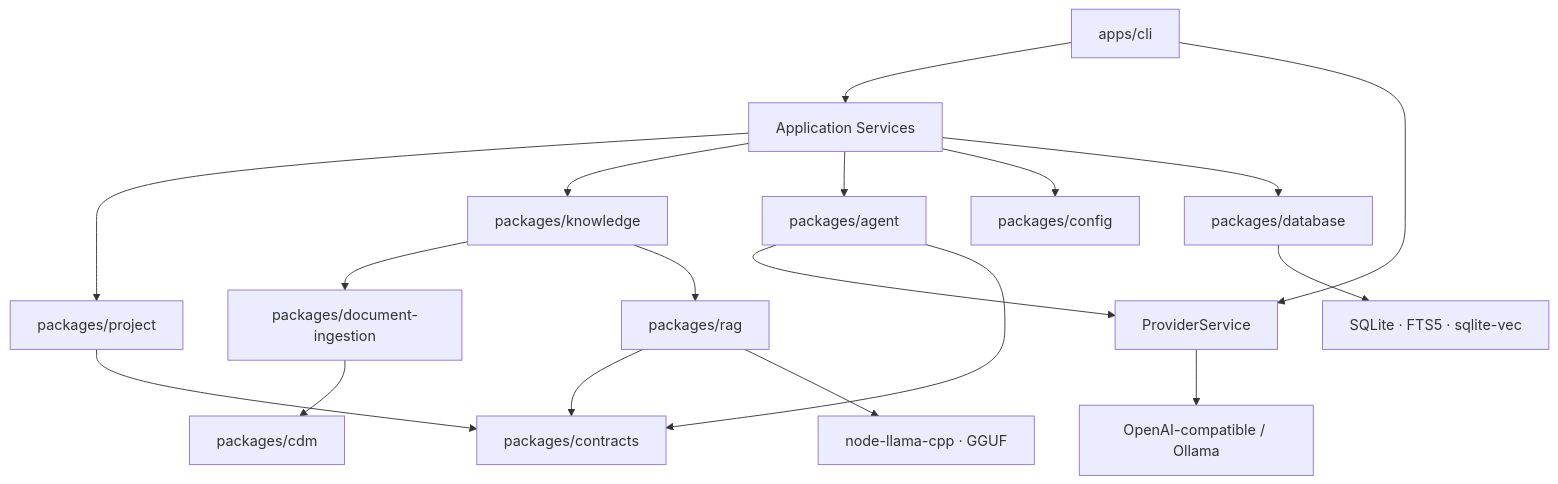
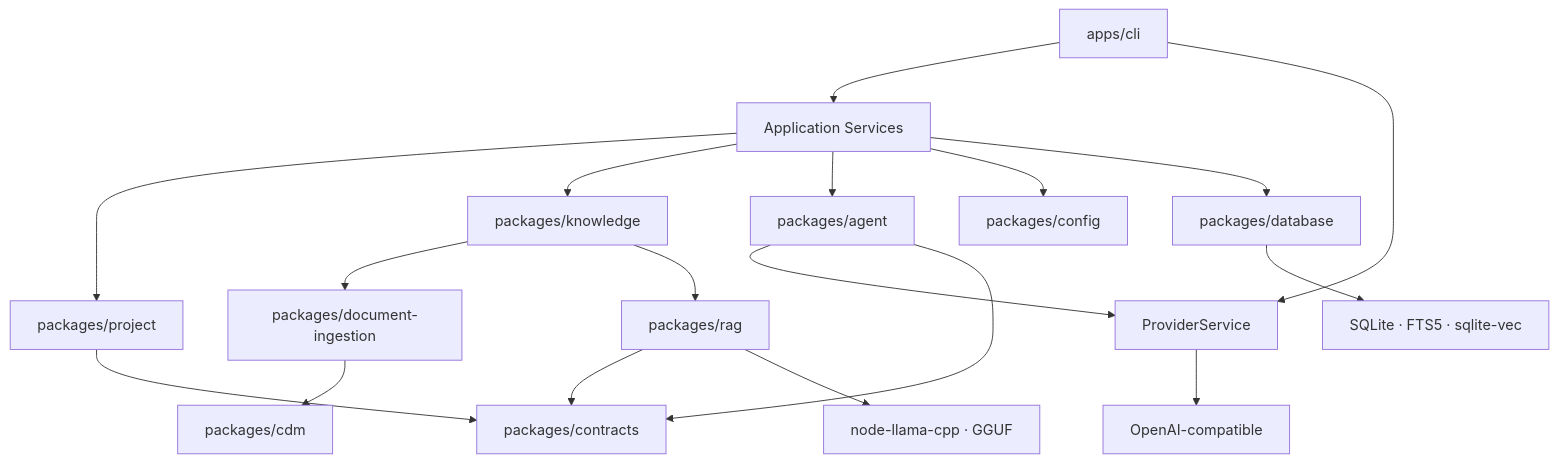
One commit to Mengman/CleoDoc changed the first of 3 diagrams in docs/TECHNICAL_ARCHITECTURE.md. Above: the diagram before and after it, drawn with Mermaid. The commit also changed other lines of this file and 17 other files, not shown here.

Commit message:
移除 Ollama Provider 支持

````diff
--- a/docs/TECHNICAL_ARCHITECTURE.md
+++ b/docs/TECHNICAL_ARCHITECTURE.md
@@ -34,20 +34,20 @@
 ```mermaid
 flowchart TB
     CLI["apps/cli"] --> APP["Application Services"]
     APP --> PROJECT["packages/project"]
     APP --> KNOWLEDGE["packages/knowledge"]
     APP --> AGENT["packages/agent"]
     APP --> CONFIG["packages/config"]
     CLI --> PROVIDER_SERVICE["ProviderService"]
     AGENT --> PROVIDER_SERVICE
-    PROVIDER_SERVICE --> PROVIDERS["OpenAI-compatible / Ollama"]
+    PROVIDER_SERVICE --> PROVIDERS["OpenAI-compatible"]
     KNOWLEDGE --> INGEST["packages/document-ingestion"]
     KNOWLEDGE --> RAG["packages/rag"]
     INGEST --> CDM["packages/cdm"]
     APP --> DATABASE["packages/database"]
     PROJECT --> CONTRACTS["packages/contracts"]
     AGENT --> CONTRACTS
     RAG --> CONTRACTS
     DATABASE --> SQLITE["SQLite · FTS5 · sqlite-vec"]
     RAG --> LLAMA["node-llama-cpp · GGUF"]
 ```
````
